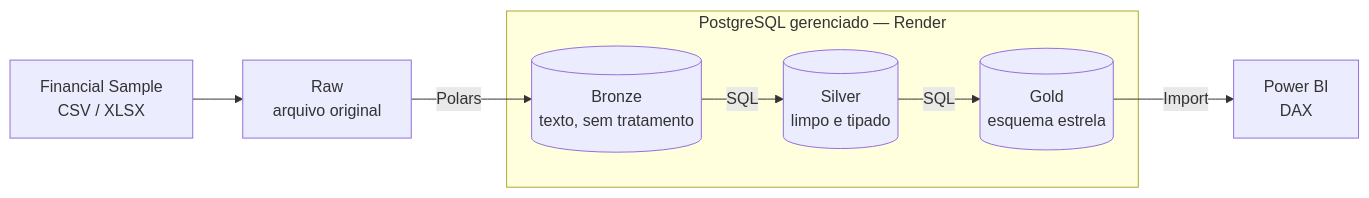
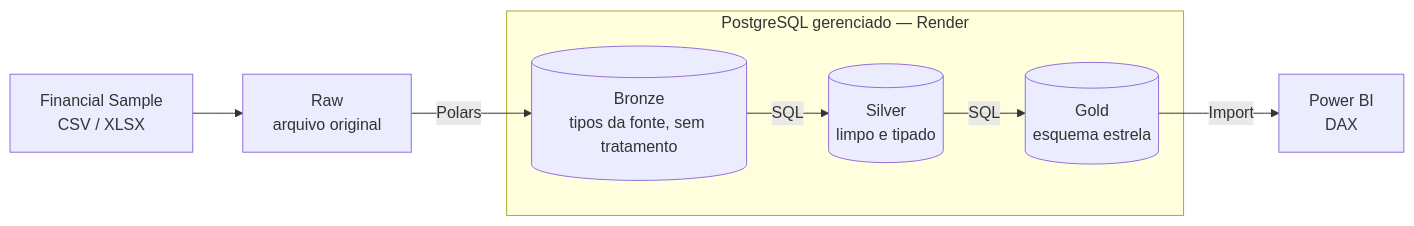
The first of 2 diagrams in README.md (mAcosOS-banana/financial-sample-medallion-pipeline), drawn with Mermaid before and after one commit. The commit also changed other lines of this file and 2 other files, not shown here.

````diff
--- a/README.md
+++ b/README.md
@@ -51,14 +51,14 @@
 ```mermaid
 flowchart LR
     A[Financial Sample<br/>CSV / XLSX] --> B[Raw<br/>arquivo original]
-    B -->|Polars| C[(Bronze<br/>texto, sem tratamento)]
+    B -->|Polars| C[(Bronze<br/>tipos da fonte, sem tratamento)]
     C -->|SQL| D[(Silver<br/>limpo e tipado)]
     D -->|SQL| E[(Gold<br/>esquema estrela)]
     E -->|Import| F[Power BI<br/>DAX]
 
     subgraph Render [PostgreSQL gerenciado — Render]
         C
         D
         E
     end
 ```
````
